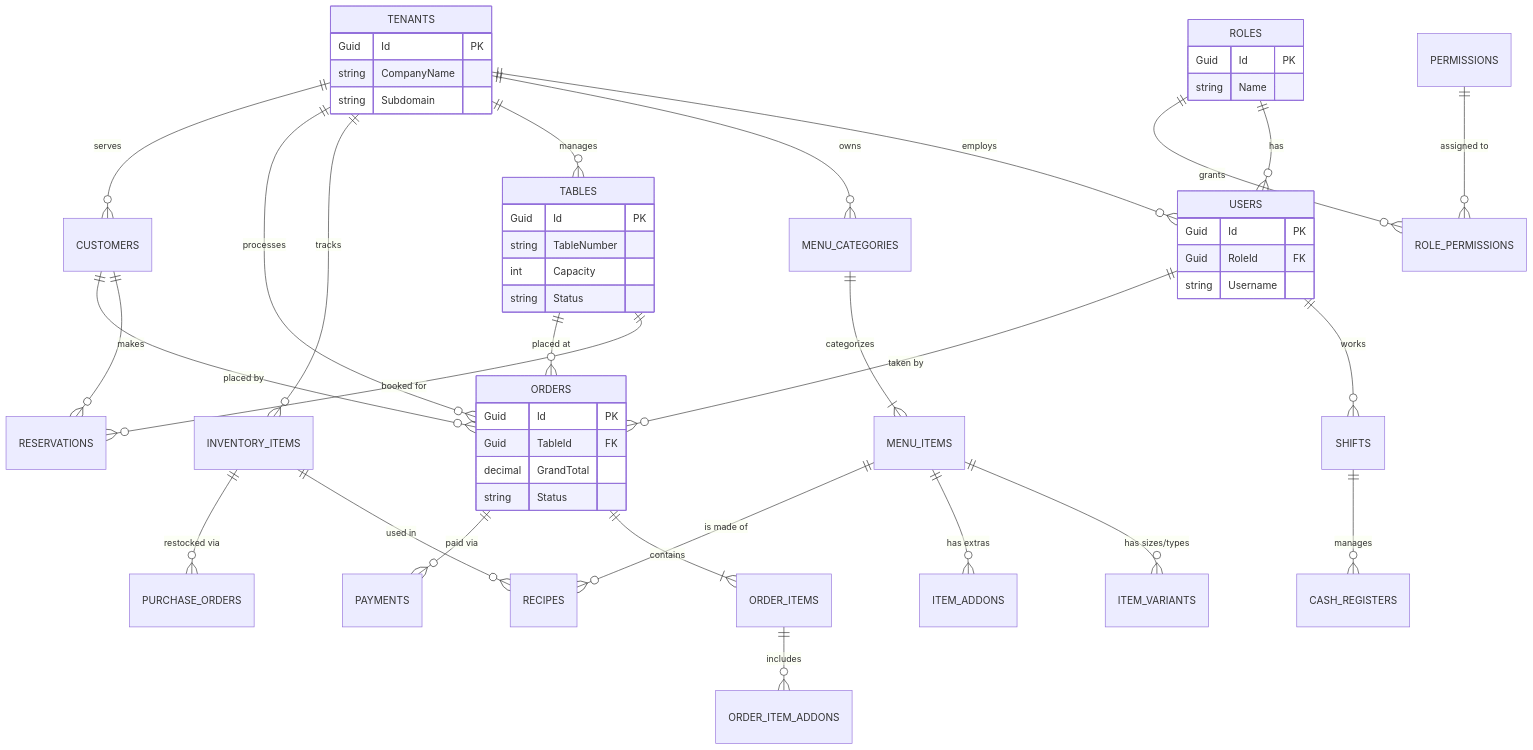
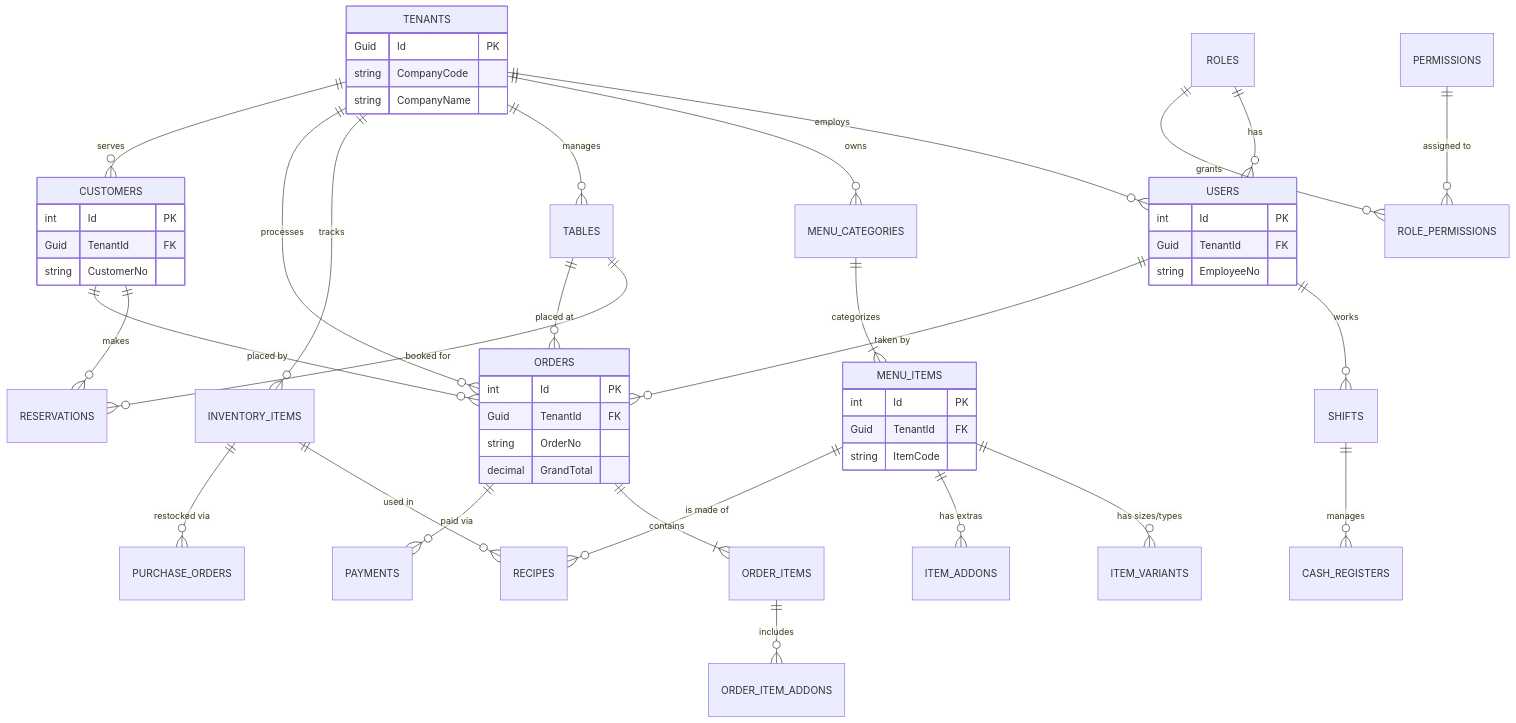
The diagram in RMS_Full_Database_Schema.md (shams909/Restaurant-management-system), drawn with Mermaid before and after one commit. The commit also changed other lines of this file, not shown here.

Commit message:
refactor: migrate database schema primary keys from GUID to auto-incrementing INT and add unique entity codes for all tables

````diff
--- a/RMS_Full_Database_Schema.md
+++ b/RMS_Full_Database_Schema.md
@@ -8,67 +8,67 @@
 ```mermaid
 erDiagram
     %% Core & Multi-Tenancy
     TENANTS ||--o{ USERS : "employs"
     TENANTS ||--o{ MENU_CATEGORIES : "owns"
     TENANTS ||--o{ TABLES : "manages"
     TENANTS ||--o{ INVENTORY_ITEMS : "tracks"
     TENANTS ||--o{ ORDERS : "processes"
     TENANTS ||--o{ CUSTOMERS : "serves"
 
     %% Users, Roles & Shifts
     ROLES ||--o{ USERS : "has"
     ROLES ||--o{ ROLE_PERMISSIONS : "grants"
     PERMISSIONS ||--o{ ROLE_PERMISSIONS : "assigned to"
     USERS ||--o{ SHIFTS : "works"
     SHIFTS ||--o{ CASH_REGISTERS : "manages"
 
     %% Menu System (Complex POS)
     MENU_CATEGORIES ||--|{ MENU_ITEMS : "categorizes"
     MENU_ITEMS ||--o{ ITEM_VARIANTS : "has sizes/types"
     MENU_ITEMS ||--o{ ITEM_ADDONS : "has extras"
     MENU_ITEMS ||--o{ RECIPES : "is made of"
 
     %% Inventory
     INVENTORY_ITEMS ||--o{ RECIPES : "used in"
     INVENTORY_ITEMS ||--o{ PURCHASE_ORDERS : "restocked via"
 
     %% Tables & Reservations
     TABLES ||--o{ RESERVATIONS : "booked for"
     CUSTOMERS ||--o{ RESERVATIONS : "makes"
 
     %% Orders & POS Transactions
     USERS ||--o{ ORDERS : "taken by"
     TABLES ||--o{ ORDERS : "placed at"
     CUSTOMERS ||--o{ ORDERS : "placed by"
     ORDERS ||--|{ ORDER_ITEMS : "contains"
     ORDER_ITEMS ||--o{ ORDER_ITEM_ADDONS : "includes"
     ORDERS ||--o{ PAYMENTS : "paid via"
     
     %% Table Structures
     TENANTS {
         Guid Id PK
+        string CompanyCode
         string CompanyName
-        string Subdomain
     }
     USERS {
-        Guid Id PK
-        Guid RoleId FK
-        string Username
+        int Id PK
+        Guid TenantId FK
+        string EmployeeNo
     }
-    ROLES {
-        Guid Id PK
-        string Name
-    }
-    TABLES {
-        Guid Id PK
-        string TableNumber
-        int Capacity
-        string Status
+    CUSTOMERS {
+        int Id PK
+        Guid TenantId FK
+        string CustomerNo
     }
     ORDERS {
-        Guid Id PK
-        Guid TableId FK
+        int Id PK
+        Guid TenantId FK
+        string OrderNo
         decimal GrandTotal
-        string Status
+    }
+    MENU_ITEMS {
+        int Id PK
+        Guid TenantId FK
+        string ItemCode
     }
 ```
````
